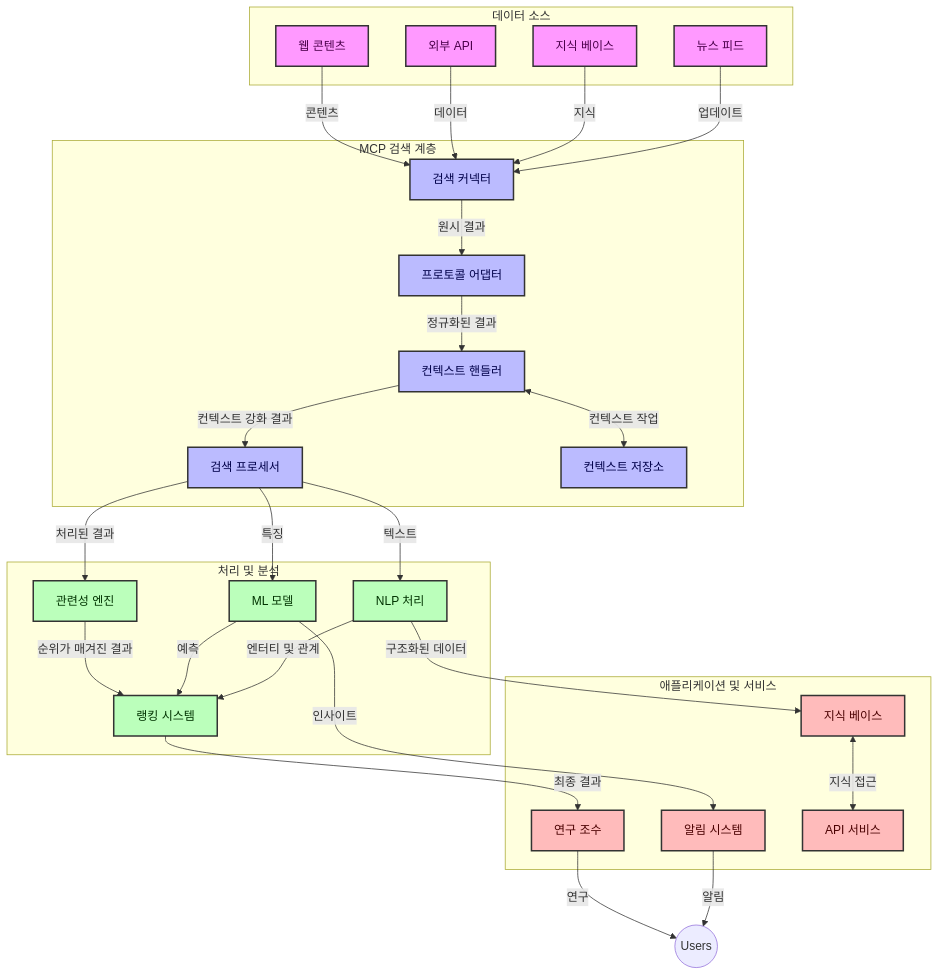
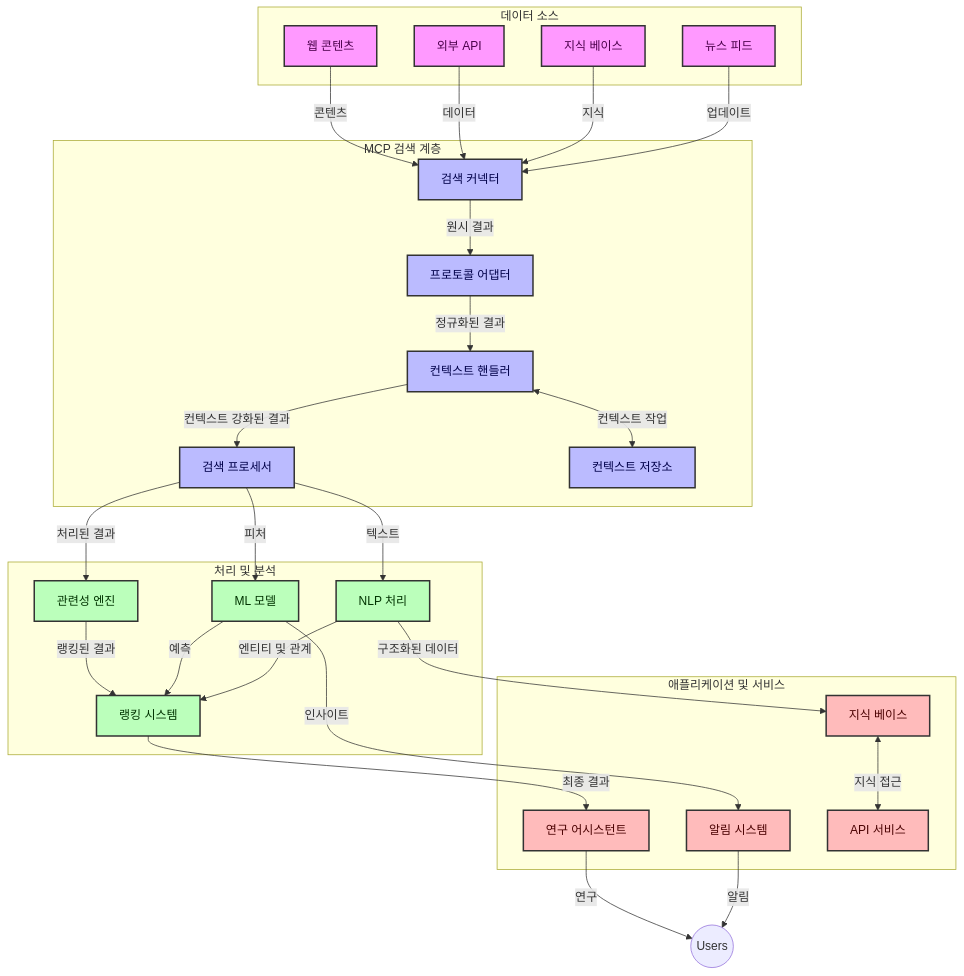
The first of 4 diagrams in translations/ko/05-AdvancedTopics/mcp-realtimesearch/README.md (microsoft/mcp-for-beginners), drawn with Mermaid before and after one commit. The commit also changed other lines of this file and 110 other files, not shown here.

````diff
--- a/translations/ko/05-AdvancedTopics/mcp-realtimesearch/README.md
+++ b/translations/ko/05-AdvancedTopics/mcp-realtimesearch/README.md
@@ -109,66 +109,66 @@
 ```mermaid
 graph TD
     subgraph "데이터 소스"
         Web[웹 콘텐츠]
         APIs[외부 API]
         DB[지식 베이스]
         News[뉴스 피드]
     end
 
     subgraph "MCP 검색 계층"
         SC[검색 커넥터]
         PA[프로토콜 어댑터]
         CH[컨텍스트 핸들러]
         SP[검색 프로세서]
         CS[컨텍스트 저장소]
     end
 
     subgraph "처리 및 분석"
         RE[관련성 엔진]
         ML[ML 모델]
         NLP[NLP 처리]
         Rank[랭킹 시스템]
     end
 
     subgraph "애플리케이션 및 서비스"
-        RA[연구 조수]
+        RA[연구 어시스턴트]
         Alerts[알림 시스템]
         KB[지식 베이스]
         API[API 서비스]
     end
 
     Web -->|콘텐츠| SC
     APIs -->|데이터| SC
     DB -->|지식| SC
     News -->|업데이트| SC
     
     SC -->|원시 결과| PA
     PA -->|정규화된 결과| CH
     CH <-->|컨텍스트 작업| CS
-    CH -->|컨텍스트 강화 결과| SP
+    CH -->|컨텍스트 강화된 결과| SP
     SP -->|처리된 결과| RE
-    SP -->|특징| ML
+    SP -->|피처| ML
     SP -->|텍스트| NLP
     
-    RE -->|순위가 매겨진 결과| Rank
+    RE -->|랭킹된 결과| Rank
     ML -->|예측| Rank
-    NLP -->|엔터티 및 관계| Rank
+    NLP -->|엔티티 및 관계| Rank
     
     Rank -->|최종 결과| RA
     ML -->|인사이트| Alerts
     NLP -->|구조화된 데이터| KB
     
     RA -->|연구| Users((Users))
     Alerts -->|알림| Users
     KB <-->|지식 접근| API
 
     classDef sources fill:#f9f,stroke:#333,stroke-width:2px,color:#4a004a
     classDef mcp fill:#bbf,stroke:#333,stroke-width:2px,color:#00004a
     classDef processing fill:#bfb,stroke:#333,stroke-width:2px,color:#003300
     classDef apps fill:#fbb,stroke:#333,stroke-width:2px,color:#4a0000
     
     class Web,APIs,DB,News sources
     class SC,PA,CH,SP,CS mcp
     class RE,ML,NLP,Rank processing
     class RA,Alerts,KB,API apps
 ```
````
